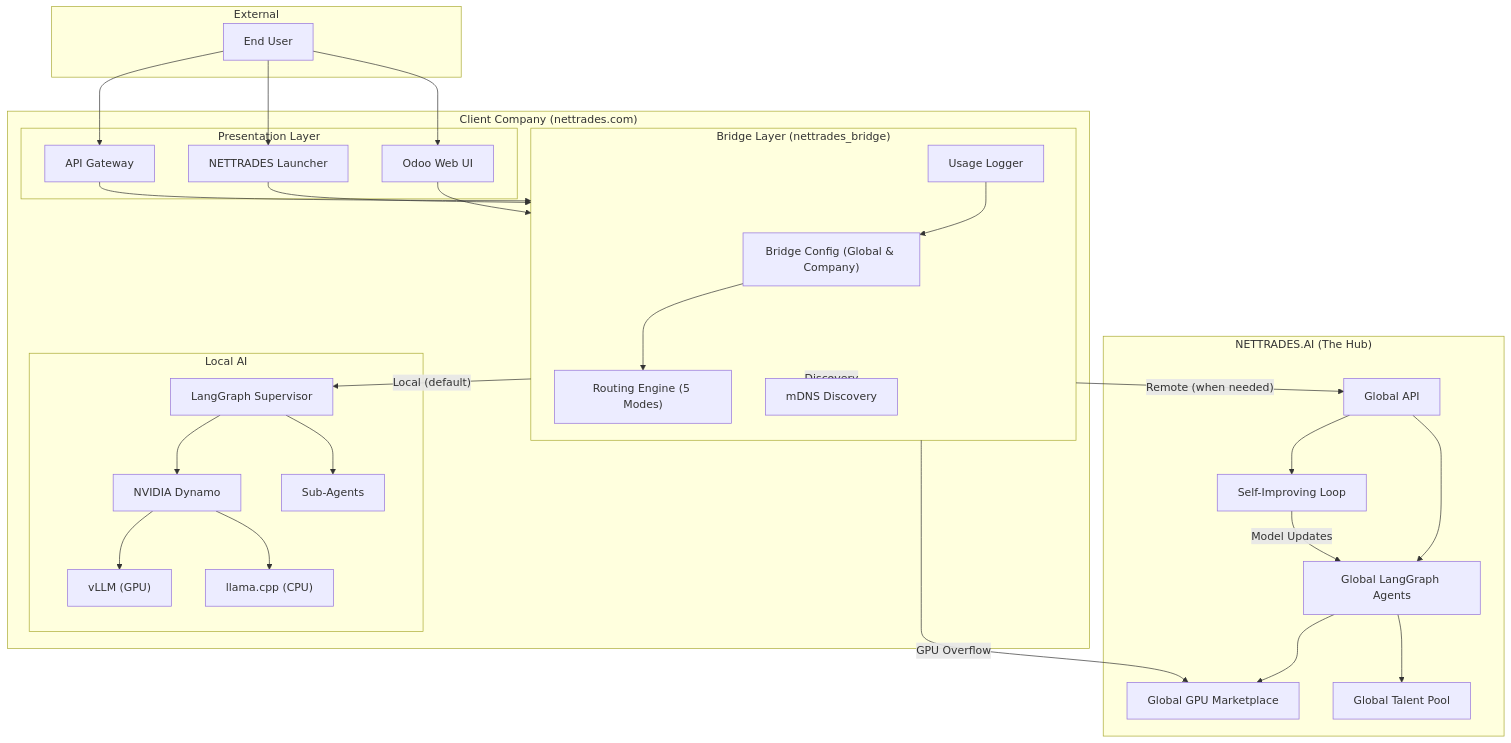
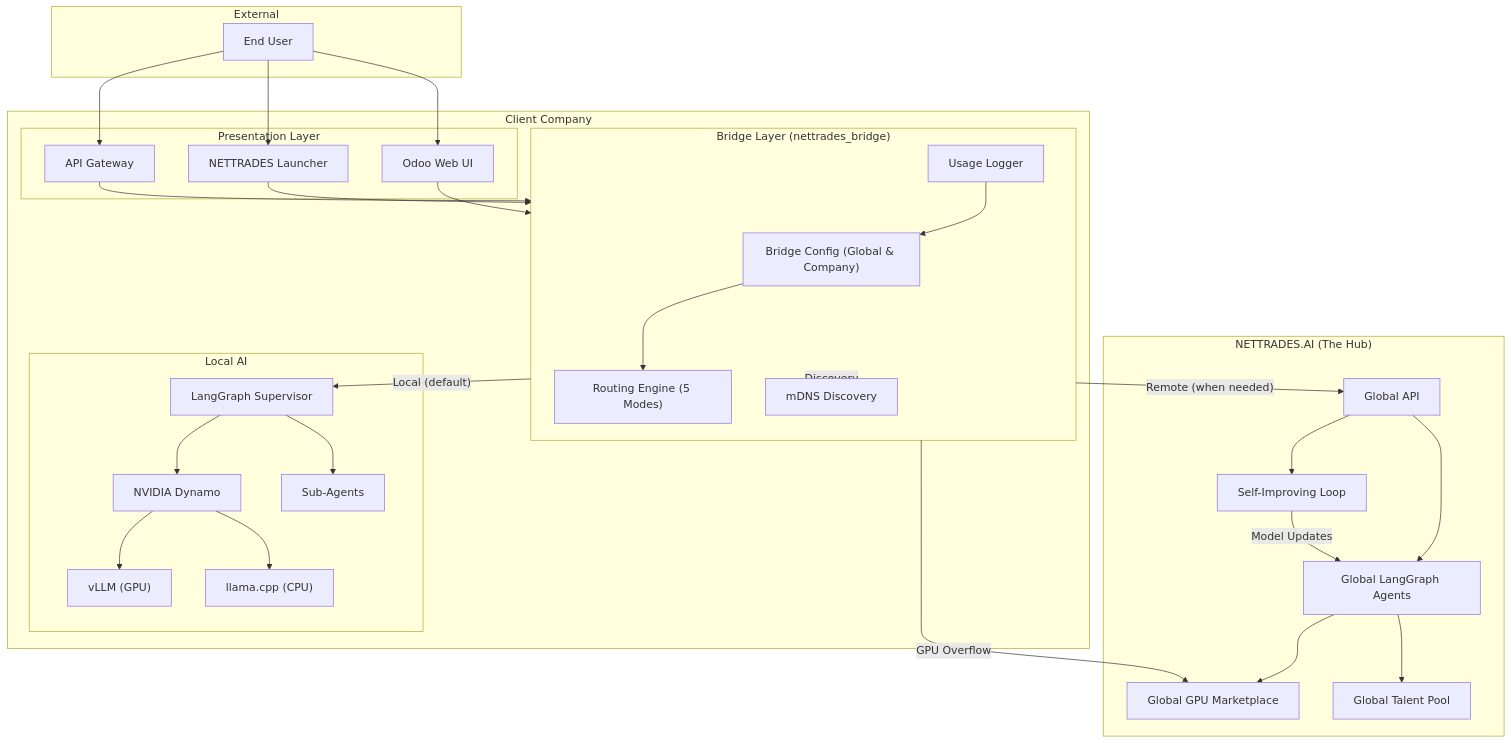
Before and after one commit to nettrades/nettrades-platform: the second of 18 diagrams in README.md, drawn with Mermaid. The commit also changed other lines of this file and 9 other files, not shown here.

````diff
--- a/README.md
+++ b/README.md
@@ -931,65 +929,65 @@
 ```mermaid
 
 graph TB
     subgraph External["External"]
         User["End User"]
     end
 
-    subgraph Client["Client Company (nettrades.com)"]
+    subgraph Client["Client Company"]
         subgraph Presentation["Presentation Layer"]
             WebUI["Odoo Web UI"]
             Launcher["NETTRADES Launcher"]
             API["API Gateway"]
         end
 
         subgraph Bridge["Bridge Layer (nettrades_bridge)"]
             Config["Bridge Config (Global & Company)"]
             Router["Routing Engine (5 Modes)"]
             Logger["Usage Logger"]
             Discovery["mDNS Discovery"]
         end
 
         subgraph Local["Local AI"]
             LangGraph["LangGraph Supervisor"]
             Dynamo["NVIDIA Dynamo"]
             vLLM["vLLM (GPU)"]
             llama_cpp["llama.cpp (CPU)"]
             Agents["Sub-Agents"]
         end
     end
 
     subgraph Cloud["NETTRADES.AI (The Hub)"]
         GlobalAPI["Global API"]
         GlobalAgents["Global LangGraph Agents"]
         GlobalGPU["Global GPU Marketplace"]
         TalentPool["Global Talent Pool"]
         SelfImproving["Self-Improving Loop"]
     end
 
     User --> WebUI
     User --> Launcher
     User --> API
     WebUI --> Bridge
     Launcher --> Bridge
     API --> Bridge
 
     Bridge -->|"Local (default)"| LangGraph
     Bridge -->|"Remote (when needed)"| GlobalAPI
     Bridge -->|"GPU Overflow"| GlobalGPU
     Bridge -->|"Discovery"| Discovery
 
     LangGraph --> Dynamo
     Dynamo --> vLLM
     Dynamo --> llama_cpp
     LangGraph --> Agents
 
     GlobalAPI --> GlobalAgents
     GlobalAgents --> TalentPool
     GlobalAgents --> GlobalGPU
     GlobalAPI --> SelfImproving
     SelfImproving -->|"Model Updates"| GlobalAgents
 
     Logger --> Config
     Config --> Router
 
 ```
````
